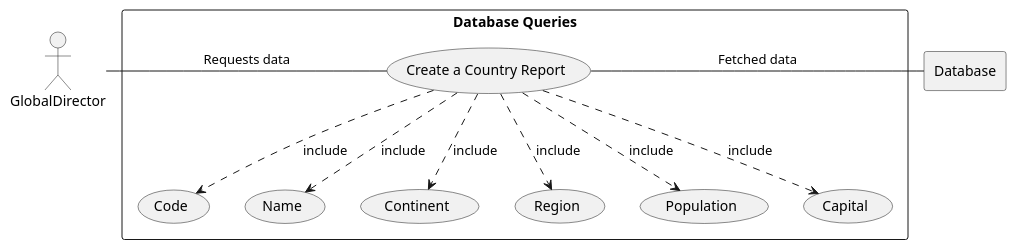
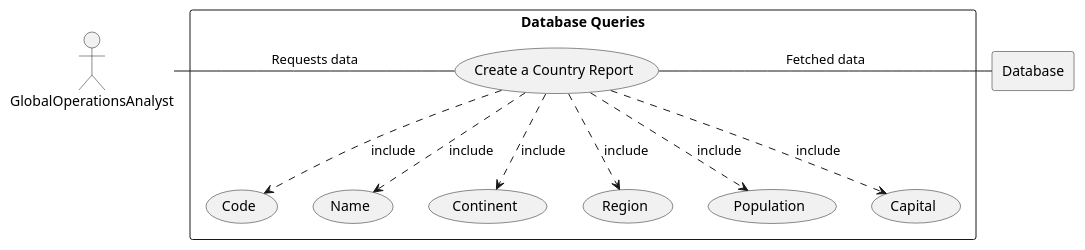
The diagram in UseCase/UseCaseDiagram-Country.puml (sim-macdonald/SEM-Coursework), drawn with PlantUML before and after one commit. The commit also changed 3 other files, not shown here.

Commit message:
updated use case diagrams

```diff
--- a/UseCase/UseCaseDiagram-Country.puml
+++ b/UseCase/UseCaseDiagram-Country.puml
@@ -1,32 +1,32 @@
 @startuml
 
-actor GlobalDirector as "GlobalDirector"
+actor GOA as "GlobalOperationsAnalyst"
 
 rectangle Database
 
 rectangle "Database Queries" {
     usecase Usecase1 as "Create a Country Report"
 
     usecase column1 as "Code"
 
     usecase column2 as "Name"
 
     usecase column3 as "Continent"
 
     usecase column4 as "Region"
 
     usecase column5 as "Population"
 
     usecase column6 as "Capital"
 
-    GlobalDirector - Usecase1 : "Requests data"
+    GOA - Usecase1 : "Requests data"
     Usecase1 ..> column1 : include
     Usecase1 ..> column2 : include
     Usecase1 ..> column3 : include
     Usecase1 ..> column4 : include
     Usecase1 ..> column5 : include
     Usecase1 ..> column6 : include
     Usecase1 - Database : "Fetched data"
 }
 
 @enduml
```
